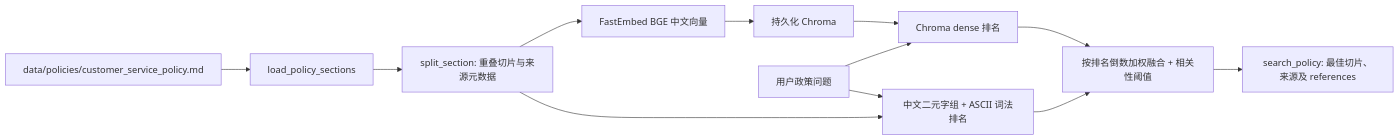
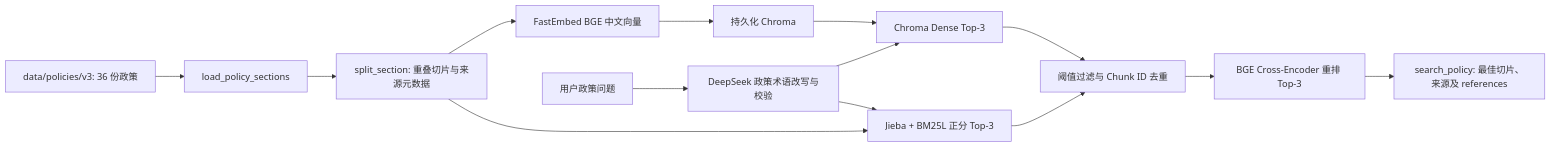
One commit to Snape001/OrderCare-Agent changed the diagram in docs/architecture/rag-architecture.md. Above: the diagram before and after it, drawn with Mermaid. The commit also changed other lines of this file and 106 other files, not shown here.

````diff
--- a/docs/architecture/rag-architecture.md
+++ b/docs/architecture/rag-architecture.md
@@ -3,14 +3,16 @@
 ```mermaid
 flowchart LR
-    MD[data/policies/customer_service_policy.md] --> P[load_policy_sections]
+    MD[data/policies/v3: 36 份政策] --> P[load_policy_sections]
     P --> C[split_section: 重叠切片与来源元数据]
     C --> E[FastEmbed BGE 中文向量]
     E --> V[持久化 Chroma]
-    Q[用户政策问题] --> D[Chroma dense 排名]
-    Q --> L[中文二元字组 + ASCII 词法排名]
+    Q[用户政策问题] --> R[DeepSeek 政策术语改写与校验]
+    R --> D[Chroma Dense Top-3]
+    R --> L[Jieba + BM25L 正分 Top-3]
     V --> D
     C --> L
-    D --> F[按排名倒数加权融合 + 相关性阈值]
+    D --> F[阈值过滤与 Chunk ID 去重]
     L --> F
-    F --> A[search_policy: 最佳切片、来源及 references]
+    F --> X[BGE Cross-Encoder 重排 Top-3]
+    X --> A[search_policy: 最佳切片、来源及 references]
 ```
````
